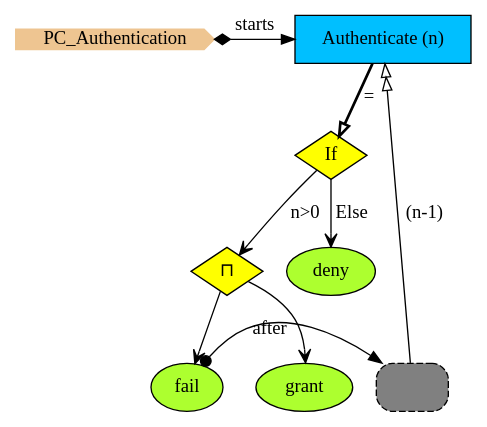
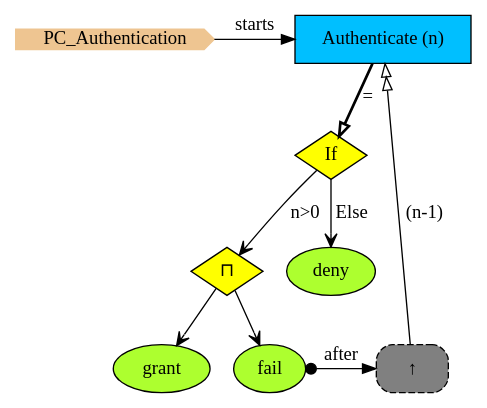
The diagram in Haskell/PCs/Examples/img/PC_Authentication.gv (namalio/Fragmenta), drawn with Graphviz before and after one commit. The commit also changed 58 other files, not shown here.

```diff
--- a/Haskell/PCs/Examples/img/PC_Authentication.gv
+++ b/Haskell/PCs/Examples/img/PC_Authentication.gv
@@ -1,22 +1,22 @@
 digraph {
 StartN_ [shape = cds,color=burlywood2,style=filled,height=.2,width=.2, label =PC_Authentication];
-RefAuthenticate [shape=rectangle,fillcolor=gray,style="rounded,filled,dashed",label=" "];
+Authenticate [shape=box,fillcolor=deepskyblue,style = filled,label="Authenticate (n)"];
+OpAuthenticateChoice [shape=diamond,fillcolor=yellow,style = filled,label="⊓"];
+grant [shape=ellipse,fillcolor=greenyellow,style = filled,label="grant"];
+RefAuthenticate [shape=rectangle,fillcolor=gray,style="rounded,filled,dashed",label="↑ "];
 fail [shape=ellipse,fillcolor=greenyellow,style = filled,label="fail"];
-grant [shape=ellipse,fillcolor=greenyellow,style = filled,label="grant"];
 deny [shape=ellipse,fillcolor=greenyellow,style = filled,label="deny"];
-OpAuthenticateChoice [shape=diamond,fillcolor=yellow,style = filled,label="⊓"];
 OpAuthenticate [shape=diamond,fillcolor=yellow,style = filled,label="If"];
-Authenticate [shape=box,fillcolor=deepskyblue,style = filled,label="Authenticate (n)"];
 
-{rank=min;StartN_,Authenticate}
-{rank=same;fail,RefAuthenticate}
+{rank=same;RefAuthenticate,fail}
+{rank=same;Authenticate,StartN_}
 
 RefAuthenticate->Authenticate[arrowhead="normalnormal",fillcolor=white,label=" (n-1)"];
+OpAuthenticateChoice->fail[arrowhead="open"];
+OpAuthenticate->deny[arrowhead="open",label="Else"];
+StartN_->Authenticate[label="starts"];
+Authenticate->OpAuthenticate[arrowhead="onormal",penwidth=2,label="="];
+OpAuthenticate->OpAuthenticateChoice[arrowhead="open",label="n>0"];
+OpAuthenticateChoice->grant[arrowhead="open"];
 fail->RefAuthenticate[arrowtail=dot,dir=both,label="after"];
-OpAuthenticateChoice->fail[arrowhead="open"];
-OpAuthenticateChoice->grant[arrowhead="open"];
-OpAuthenticate->deny[arrowhead="open",label="Else"];
-OpAuthenticate->OpAuthenticateChoice[arrowhead="open",label="n>0"];
-StartN_->Authenticate[arrowtail=diamond,dir=both,label="starts"];
-Authenticate->OpAuthenticate[arrowhead="onormal",penwidth=2,label="="];
 }
```
